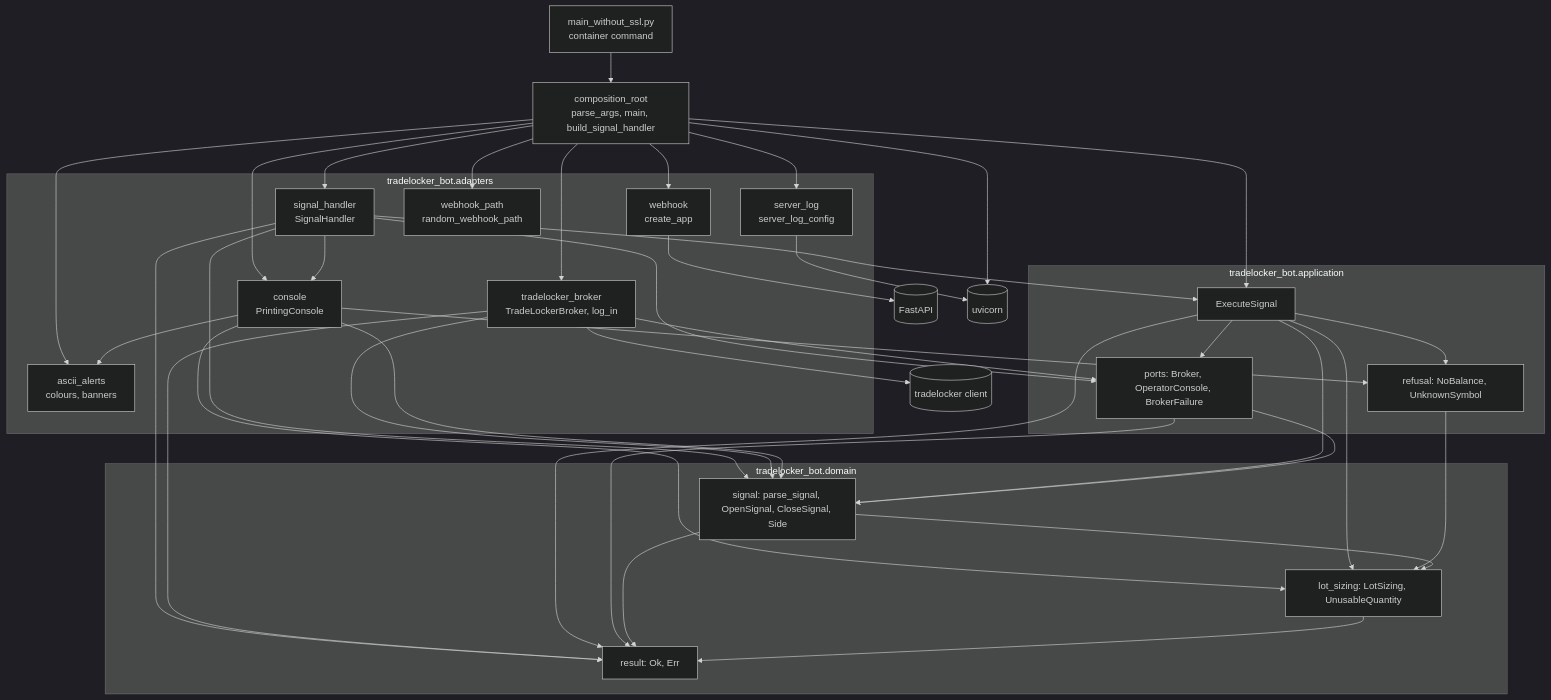
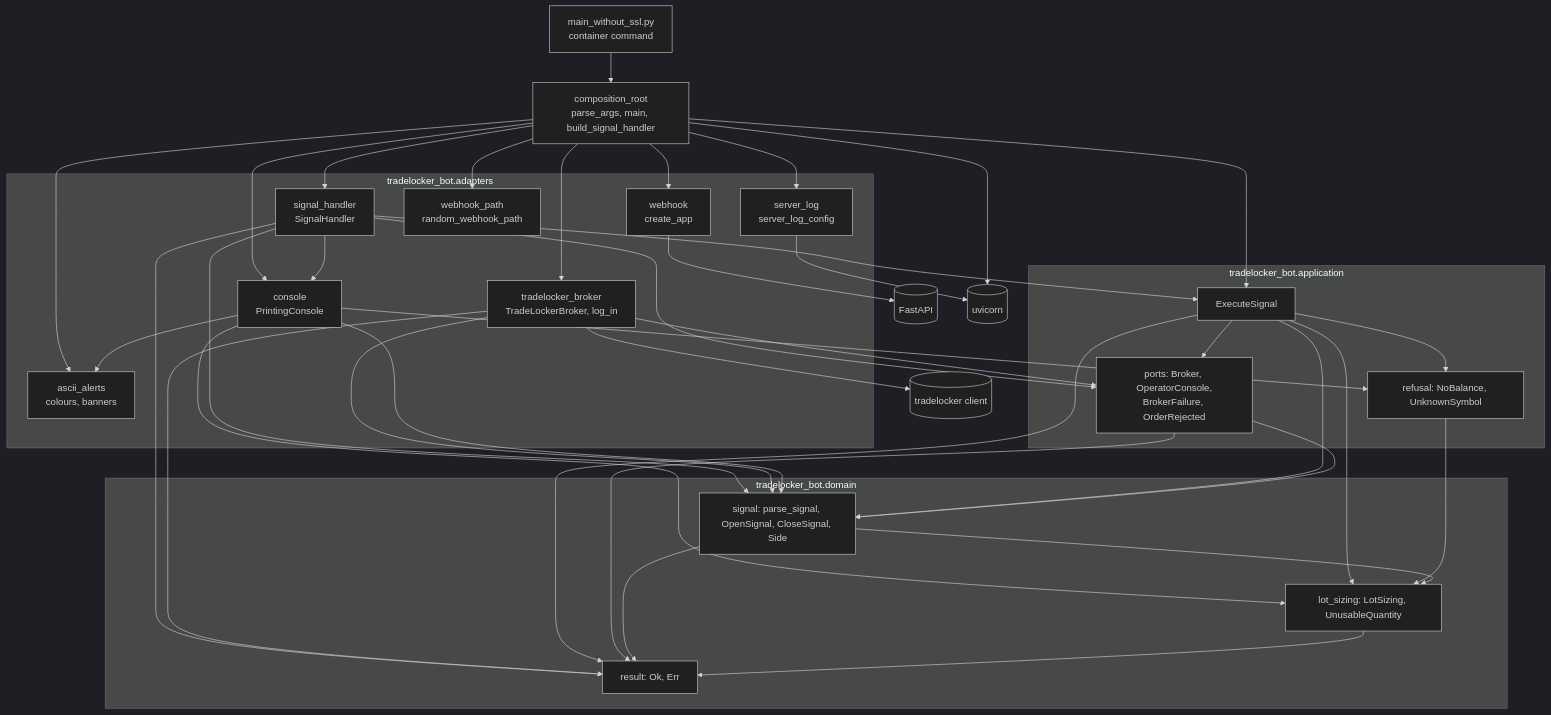
The first of 6 diagrams in docs/architecture.md (Akinzou/TradeLockerBot), drawn with Mermaid (dark theme) before and after one commit. The commit also changed other lines of this file and 19 other files, not shown here.

````diff
--- a/docs/architecture.md
+++ b/docs/architecture.md
@@ -35,38 +35,38 @@
 ```mermaid
 flowchart TB
     EP[main_without_ssl.py<br/>container command]
     CR[composition_root<br/>parse_args, main, build_signal_handler]
     subgraph adapters [tradelocker_bot.adapters]
         WH[webhook<br/>create_app]
         SL[server_log<br/>server_log_config]
         SH[signal_handler<br/>SignalHandler]
         TLB[tradelocker_broker<br/>TradeLockerBroker, log_in]
         PC[console<br/>PrintingConsole]
         AA[ascii_alerts<br/>colours, banners]
         WP[webhook_path<br/>random_webhook_path]
     end
     subgraph application [tradelocker_bot.application]
         ES[ExecuteSignal]
-        PORTS[ports: Broker, OperatorConsole, BrokerFailure]
+        PORTS[ports: Broker, OperatorConsole,<br/>BrokerFailure, OrderRejected]
         REF[refusal: NoBalance, UnknownSymbol]
     end
     subgraph domain [tradelocker_bot.domain]
         SIG[signal: parse_signal, OpenSignal, CloseSignal, Side]
         LS[lot_sizing: LotSizing, UnusableQuantity]
         RES[result: Ok, Err]
     end
     EP --> CR
     CR --> WH & SL & SH & TLB & PC & AA & WP & ES
     SH --> PC & ES & PORTS & RES & SIG
     TLB --> PORTS & RES & SIG
     PC --> AA & REF & LS & SIG
     ES --> PORTS & REF & LS & RES & SIG
     PORTS --> RES & SIG
     REF --> LS
     SIG --> LS & RES
     LS --> RES
     WH --> FASTAPI[(FastAPI)]
     CR --> UVICORN[(uvicorn)]
     SL --> UVICORN
     TLB --> CLIENT[(tradelocker client)]
 ```
````
